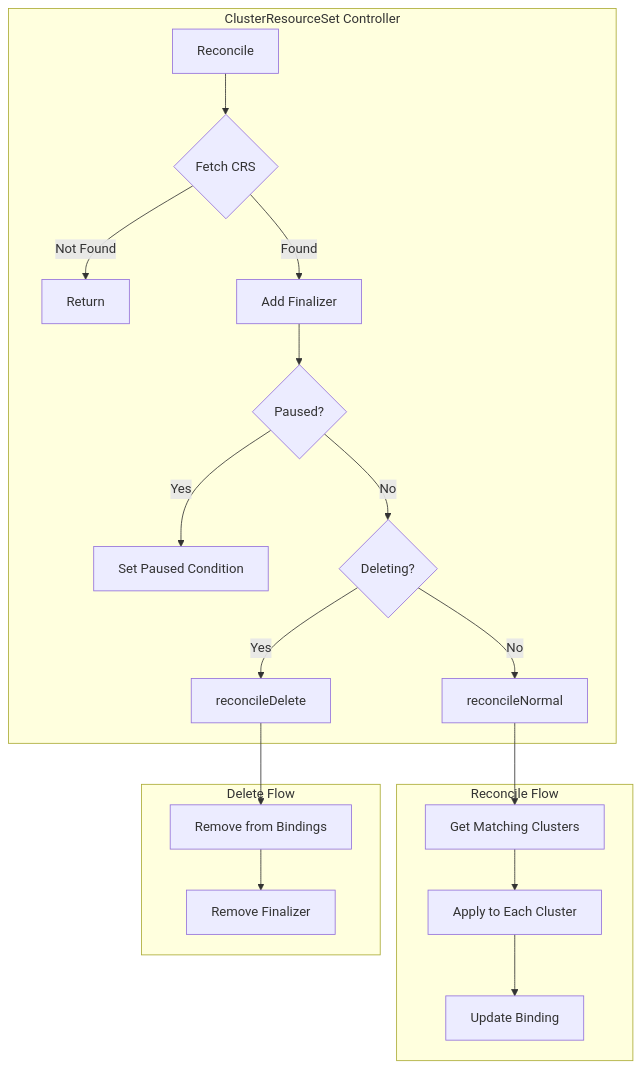
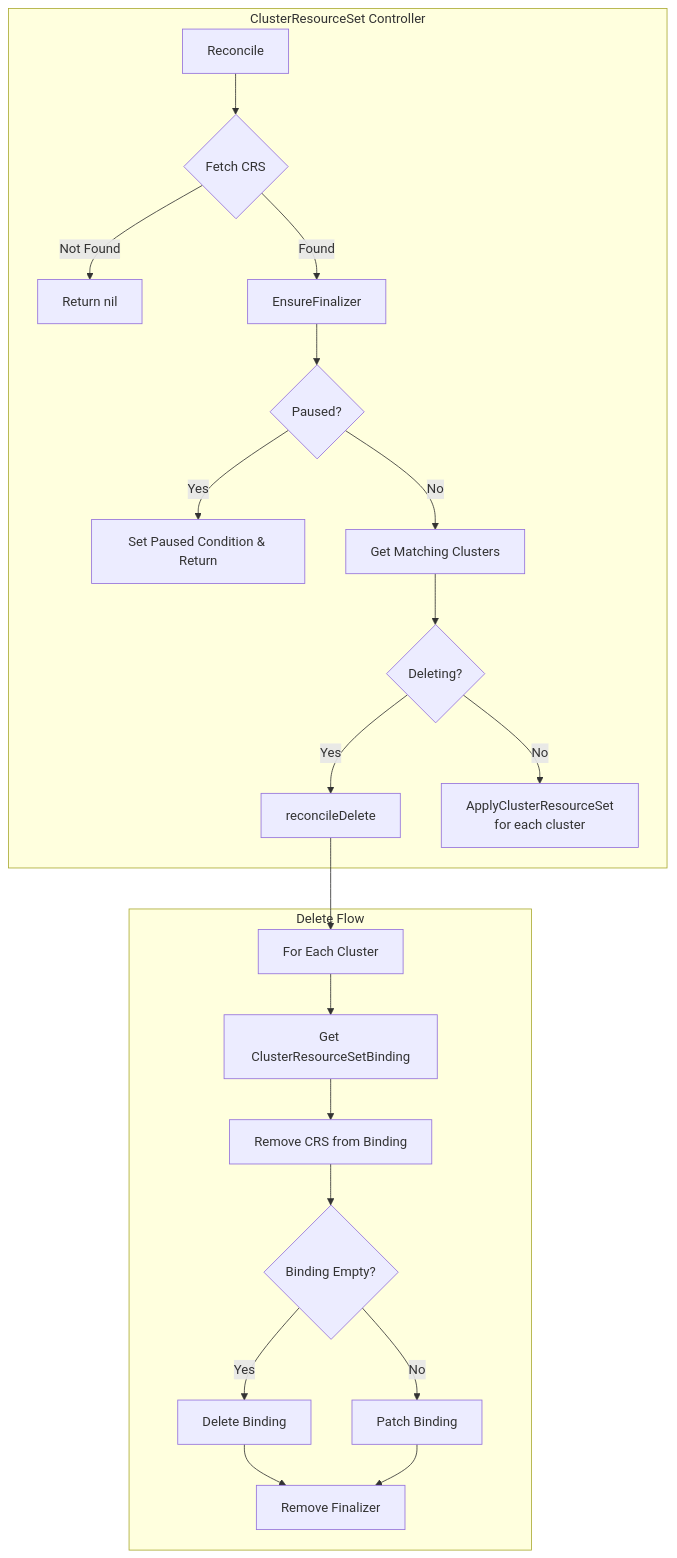
Before and after one commit to seanyen/cluster-api: the first of 9 diagrams in ai-gen/internal/controllers/clusterresourceset_controller.md, drawn with Mermaid. The commit also changed other lines of this file, not shown here.

````diff
--- a/ai-gen/internal/controllers/clusterresourceset_controller.md
+++ b/ai-gen/internal/controllers/clusterresourceset_controller.md
@@ -7,27 +7,25 @@
 ```mermaid
 flowchart TB
     subgraph "ClusterResourceSet Controller"
         R[Reconcile] --> F{Fetch CRS}
-        F -->|Not Found| End[Return]
-        F -->|Found| Fin[Add Finalizer]
+        F -->|Not Found| End[Return nil]
+        F -->|Found| Fin[EnsureFinalizer]
         Fin --> P{Paused?}
-        P -->|Yes| PC[Set Paused Condition]
-        P -->|No| D{Deleting?}
+        P -->|Yes| PC[Set Paused Condition & Return]
+        P -->|No| GC[Get Matching Clusters]
+        GC --> D{Deleting?}
         D -->|Yes| RD[reconcileDelete]
-        D -->|No| RN[reconcileNormal]
-    end
-    
-    subgraph "Reconcile Flow"
-        GC[Get Matching Clusters]
-        AC[Apply to Each Cluster]
-        UB[Update Binding]
+        D -->|No| RN[ApplyClusterResourceSet<br/>for each cluster]
     end
     
     subgraph "Delete Flow"
-        RB[Remove from Bindings]
-        RF[Remove Finalizer]
+        RD --> FB[For Each Cluster]
+        FB --> GB[Get ClusterResourceSetBinding]
+        GB --> RB[Remove CRS from Binding]
+        RB --> CB{Binding Empty?}
+        CB -->|Yes| DB[Delete Binding]
+        CB -->|No| PB[Patch Binding]
+        DB --> RF[Remove Finalizer]
+        PB --> RF
     end
-    
-    RN --> GC --> AC --> UB
-    RD --> RB --> RF
 ```
````
